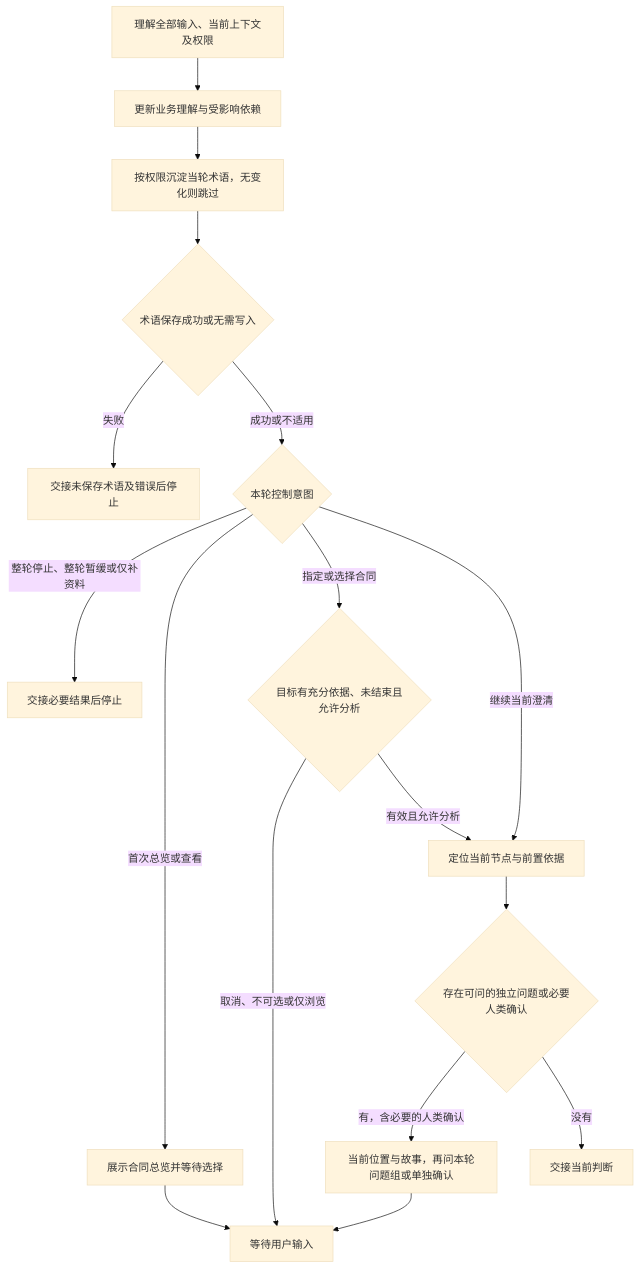
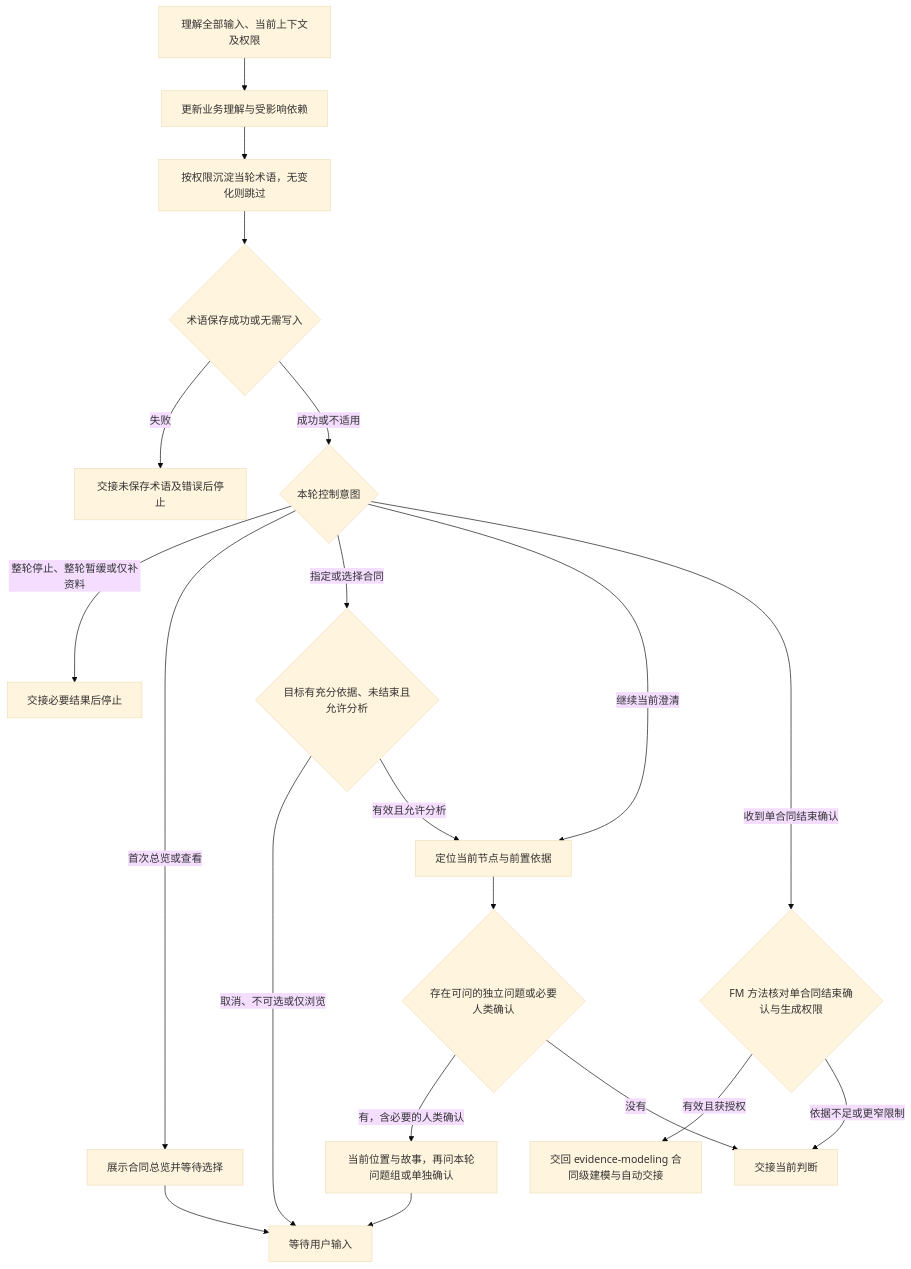
One commit to JayClock/Evidence-Framework changed the diagram in .agents/skills/evidence-discovery/references/interview.md. Above: the diagram before and after it, drawn with Mermaid (base theme). The commit also changed other lines of this file and 28 other files, not shown here.

````diff
--- a/.agents/skills/evidence-discovery/references/interview.md
+++ b/.agents/skills/evidence-discovery/references/interview.md
@@ -9,33 +9,38 @@
 ```mermaid
 flowchart TD
     input[理解全部输入、当前上下文及权限]
     understanding[更新业务理解与受影响依赖]
     language[按权限沉淀当轮术语，无变化则跳过]
     languageSaved{术语保存成功或无需写入}
     control{本轮控制意图}
+    closure{FM 方法核对单合同结束确认与生成权限}
+    batch[交回 evidence-modeling 合同级建模与自动交接]
     navigation[展示合同总览并等待选择]
     selection{目标有充分依据、未结束且允许分析}
     focus[定位当前节点与前置依据]
     needed{存在可问的独立问题或必要人类确认}
     question[当前位置与故事，再问本轮问题组或单独确认]
     failed[交接未保存术语及错误后停止]
     stop[交接必要结果后停止]
     handoff[交接当前判断]
     wait[等待用户输入]
     input --> understanding
     understanding --> language
     language --> languageSaved
     languageSaved -->|失败| failed
     languageSaved -->|成功或不适用| control
     control -->|整轮停止、整轮暂缓或仅补资料| stop
     control -->|首次总览或查看| navigation
     control -->|指定或选择合同| selection
     control -->|继续当前澄清| focus
+    control -->|收到单合同结束确认| closure
+    closure -->|有效且获授权| batch
+    closure -->|依据不足或更窄限制| handoff
     navigation --> wait
     selection -->|取消、不可选或仅浏览| wait
     selection -->|有效且允许分析| focus
     focus --> needed
     needed -->|有，含必要的人类确认| question
     needed -->|没有| handoff
     question --> wait
 ```
````
